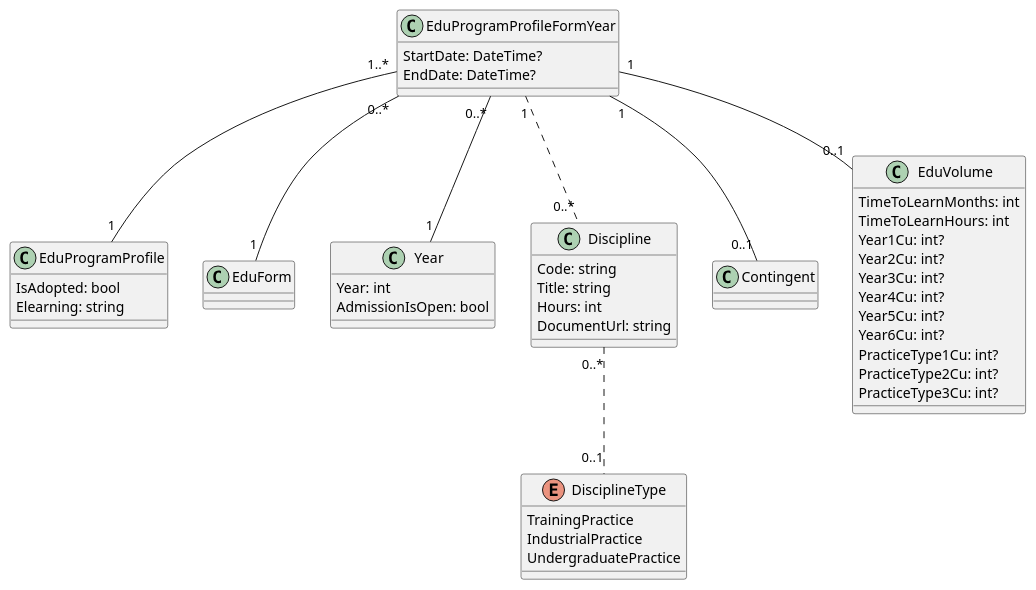
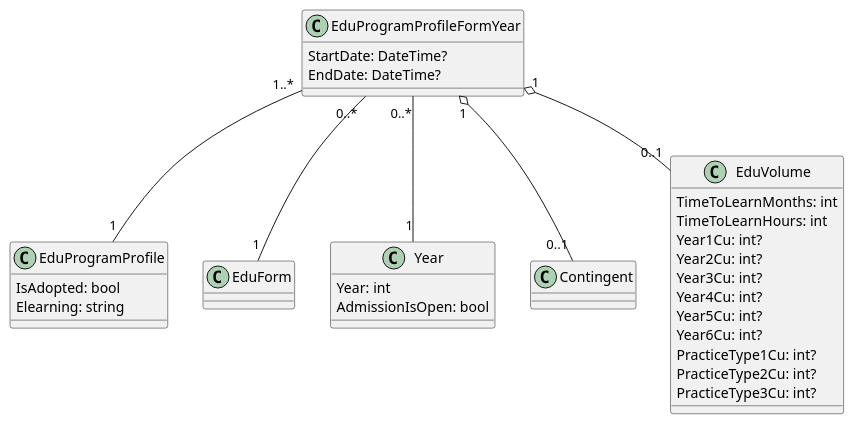
The first of 2 diagrams in doc/EduVolume.puml (r7-labs/R7.University), drawn with PlantUML before and after one commit. The commit also changed other lines of this file and 1 other file, not shown here.

Commit message:
Update diagrams for contingent and edu. volume

```diff
--- a/doc/EduVolume.puml
+++ b/doc/EduVolume.puml
@@ -1,54 +1,39 @@
 @startuml Volume of educational program
 
 EduProgramProfileFormYear "1..*" -- "1" EduProgramProfile
 EduProgramProfileFormYear "0..*" -- "1" EduForm
 EduProgramProfileFormYear "0..*" -- "1" Year
-EduProgramProfileFormYear "1" .. "0..*" Discipline
-Discipline "0..*" .. "0..1" DisciplineType
 
-EduProgramProfileFormYear "1" -- "0..1" Contingent
-EduProgramProfileFormYear "1" -- "0..1" EduVolume
+EduProgramProfileFormYear "1" o-- "0..1" Contingent
+EduProgramProfileFormYear "1" o-- "0..1" EduVolume
 
 class EduProgramProfile {
     IsAdopted: bool
     Elearning: string
 }
 
 class EduVolume {
     TimeToLearnMonths: int
     TimeToLearnHours: int
     Year1Cu: int?
     Year2Cu: int?
     Year3Cu: int?
     Year4Cu: int?
     Year5Cu: int?
     Year6Cu: int?
     PracticeType1Cu: int?
     PracticeType2Cu: int?
     PracticeType3Cu: int?
 }
 
 class Year {
     Year: int
     AdmissionIsOpen: bool
 }
 
 class EduProgramProfileFormYear {
     StartDate: DateTime?
     EndDate: DateTime?
 }
 
-class Discipline {
-    Code: string
-    Title: string
-    Hours: int
-    DocumentUrl: string
-}
-
-enum DisciplineType {
-    TrainingPractice
-    IndustrialPractice
-    UndergraduatePractice
-}
-
 @enduml
```
